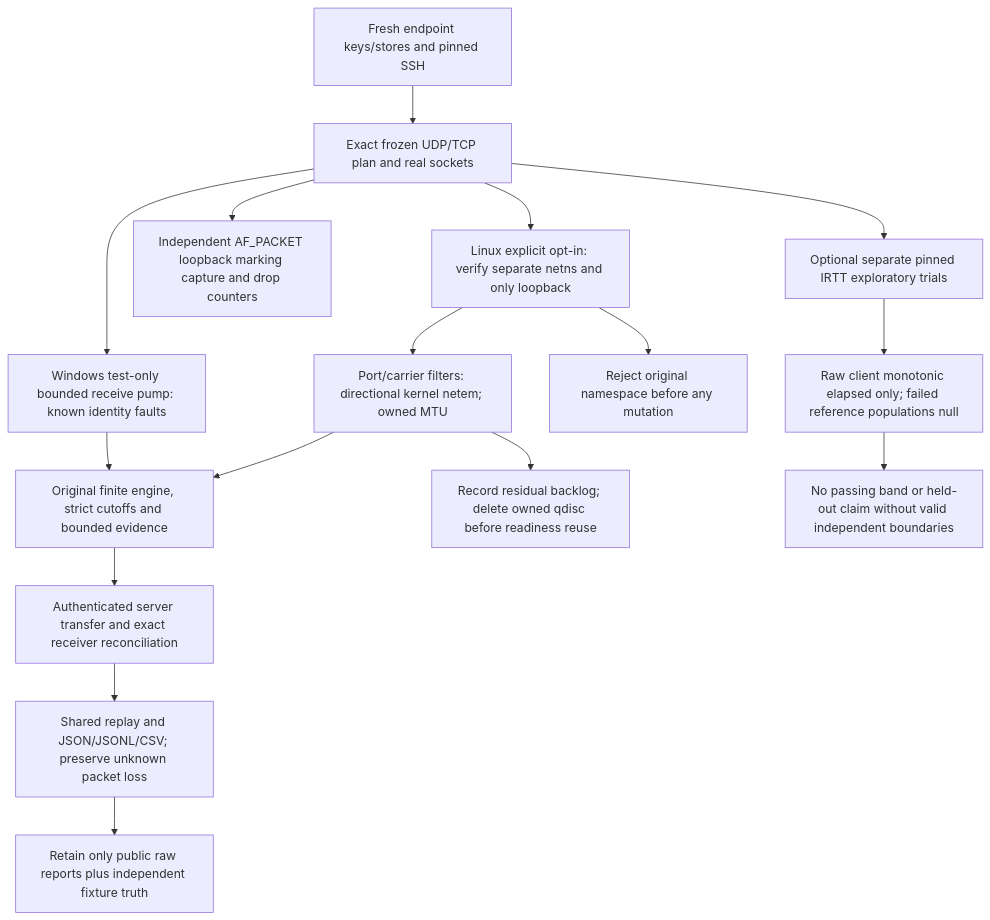
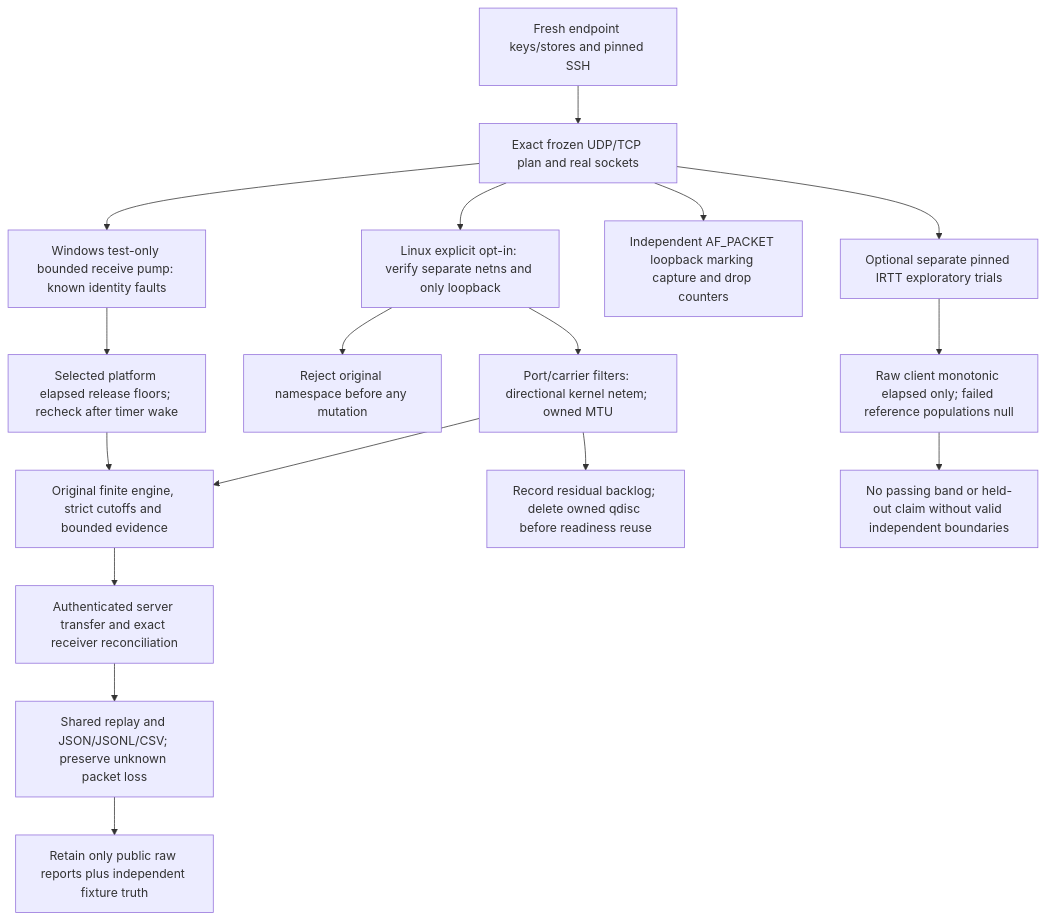
Before and after one commit to rashidbestry/sneaky-port: diagram 30 of 30 in FLOWCHART.md, drawn with Mermaid. The commit also changed other lines of this file and 4 other files, not shown here.

````diff
--- a/FLOWCHART.md
+++ b/FLOWCHART.md
@@ -750,18 +752,19 @@
 ```mermaid
 flowchart TD
     A[Fresh endpoint keys/stores and pinned SSH] --> B[Exact frozen UDP/TCP plan and real sockets]
     B --> C[Windows test-only bounded receive pump: known identity faults]
     B --> D[Linux explicit opt-in: verify separate netns and only loopback]
     D --> E[Port/carrier filters: directional kernel netem; owned MTU]
     D --> F[Reject original namespace before any mutation]
-    C --> G[Original finite engine, strict cutoffs and bounded evidence]
+    C --> S[Selected platform elapsed release floors; recheck after timer wake]
+    S --> G[Original finite engine, strict cutoffs and bounded evidence]
     E --> G
     G --> H[Authenticated server transfer and exact receiver reconciliation]
     H --> I[Shared replay and JSON/JSONL/CSV; preserve unknown packet loss]
     I --> J[Retain only public raw reports plus independent fixture truth]
     E --> K[Record residual backlog; delete owned qdisc before readiness reuse]
     B --> L[Independent AF_PACKET loopback marking capture and drop counters]
     B --> M[Optional separate pinned IRTT exploratory trials]
     M --> N[Raw client monotonic elapsed only; failed reference populations null]
     N --> O[No passing band or held-out claim without valid independent boundaries]
 ```
````
